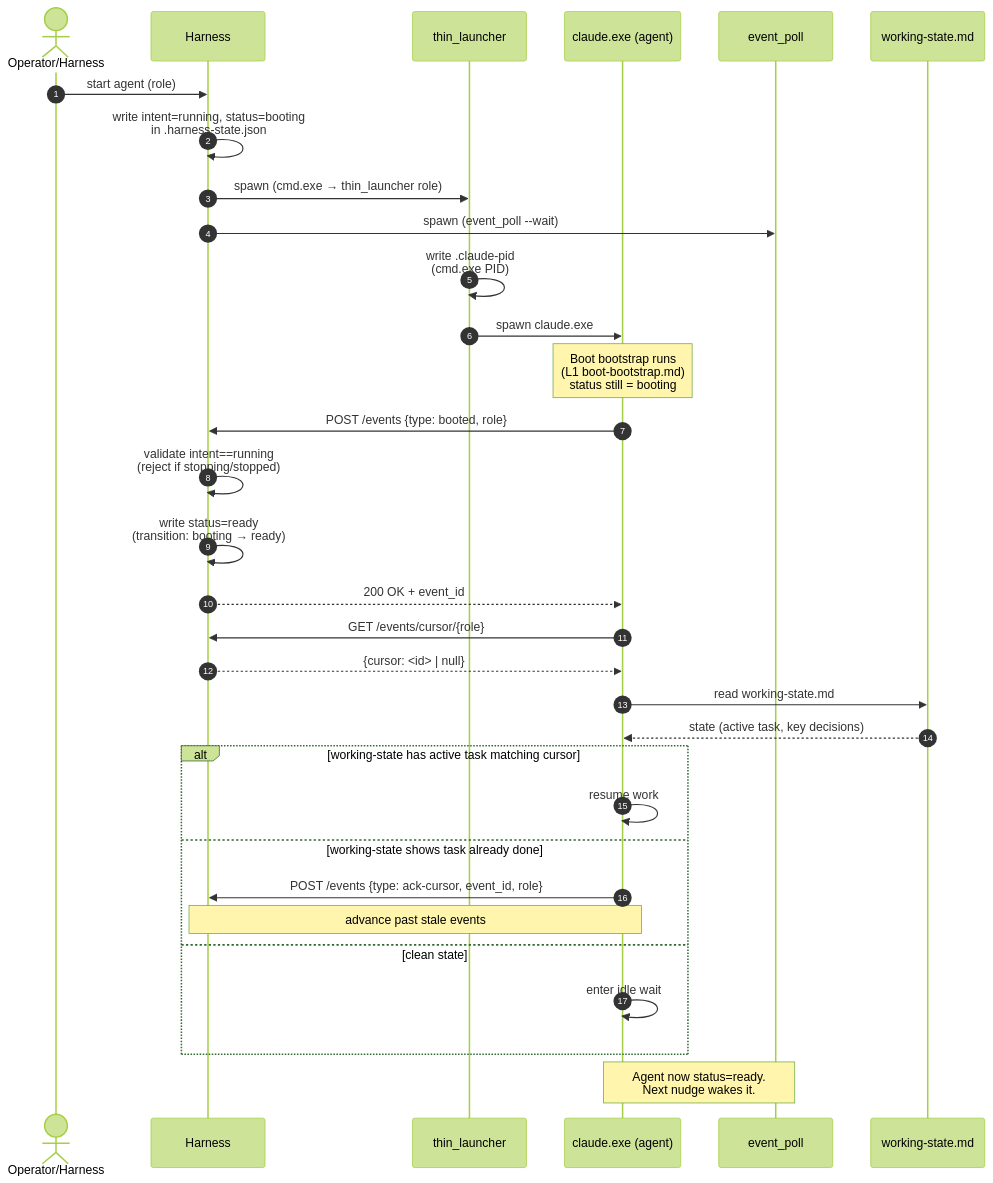
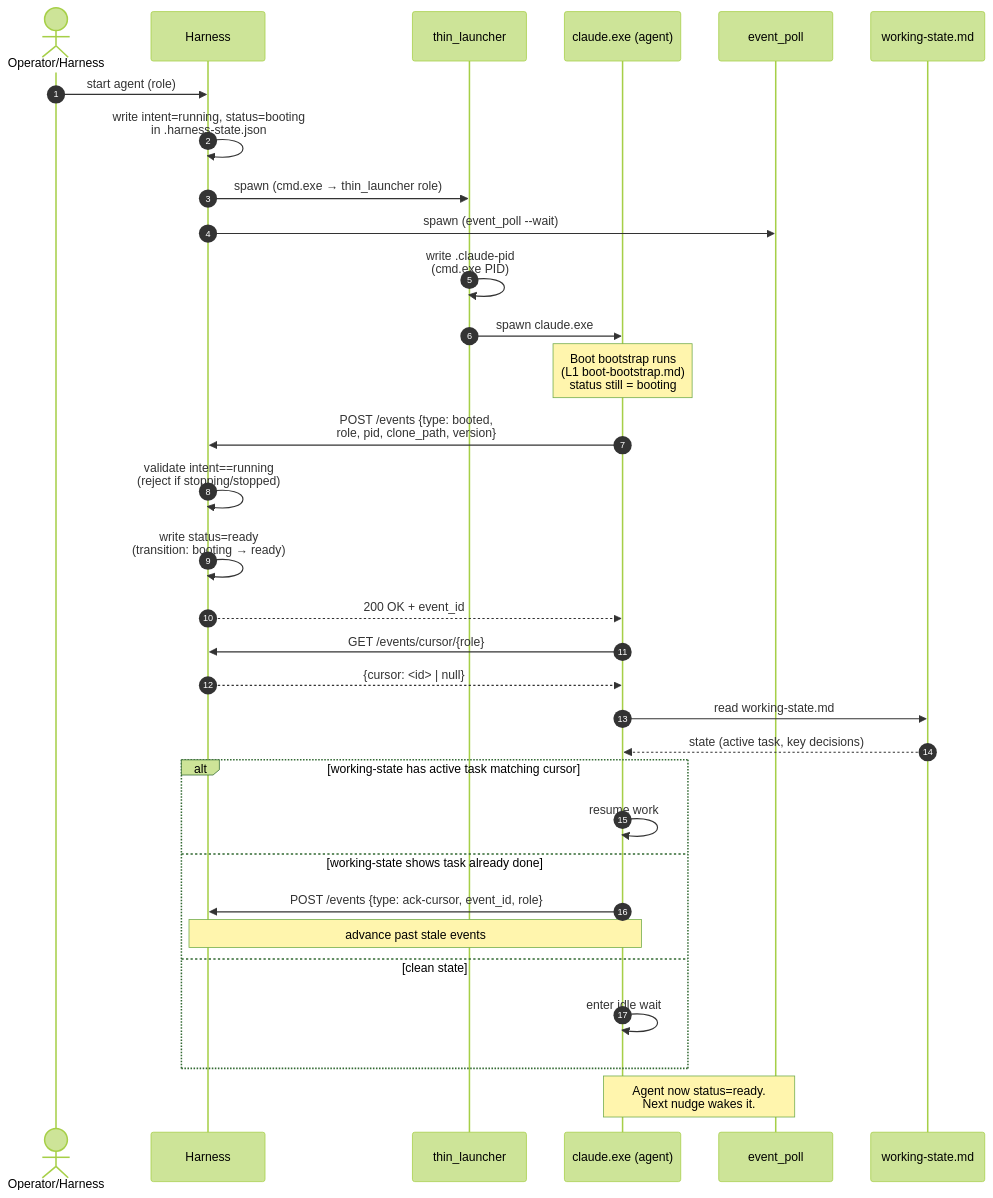
Before and after one commit to WallyDoodlez/SquidSquad: the sixth of 12 diagrams in docs/EVENT-ARCHITECTURE.md, drawn with Mermaid (forest theme). The commit also changed other lines of this file and 1 other file, not shown here.

````diff
--- a/docs/EVENT-ARCHITECTURE.md
+++ b/docs/EVENT-ARCHITECTURE.md
@@ -413,40 +413,40 @@
 ```mermaid
 sequenceDiagram
     autonumber
     actor Op as Operator/Harness
     participant H as Harness
     participant TL as thin_launcher
     participant C as claude.exe (agent)
     participant EP as event_poll
     participant WS as working-state.md
 
     Op->>H: start agent (role)
     H->>H: write intent=running, status=booting<br/>in .harness-state.json
     H->>TL: spawn (cmd.exe → thin_launcher role)
     H->>EP: spawn (event_poll --wait)
     TL->>TL: write .claude-pid<br/>(cmd.exe PID)
     TL->>C: spawn claude.exe
     Note over C: Boot bootstrap runs<br/>(L1 boot-bootstrap.md)<br/>status still = booting
 
-    C->>H: POST /events {type: booted, role}
+    C->>H: POST /events {type: booted,<br/>role, pid, clone_path, version}
     H->>H: validate intent==running<br/>(reject if stopping/stopped)
     H->>H: write status=ready<br/>(transition: booting → ready)
     H-->>C: 200 OK + event_id
 
     C->>H: GET /events/cursor/{role}
     H-->>C: {cursor: <id> | null}
 
     C->>WS: read working-state.md
     WS-->>C: state (active task, key decisions)
 
     alt working-state has active task matching cursor
         C->>C: resume work
     else working-state shows task already done
         C->>H: POST /events {type: ack-cursor, event_id, role}
         Note over C,H: advance past stale events
     else clean state
         C->>C: enter idle wait
     end
 
     Note over C,EP: Agent now status=ready.<br/>Next nudge wakes it.
 ```
````
